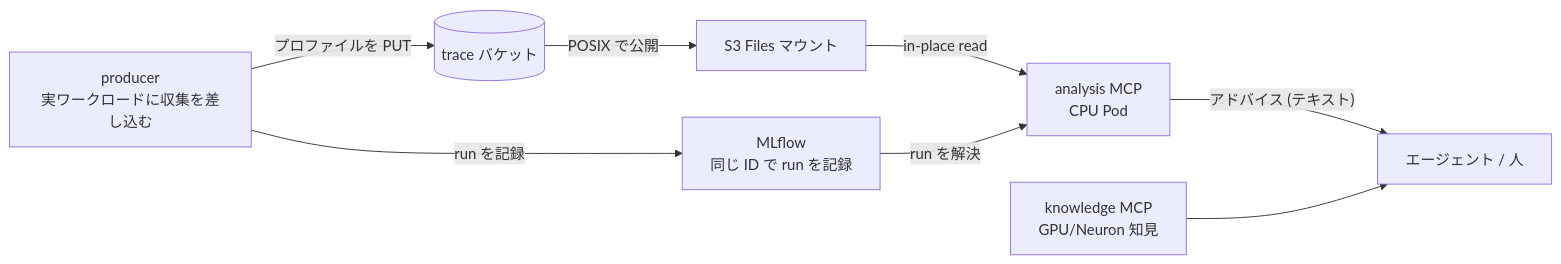
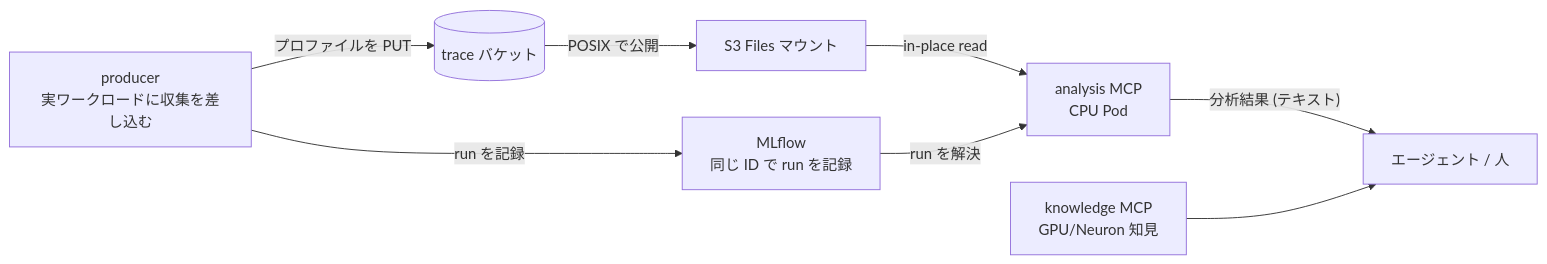
One commit to littlemex/zenn changed the diagram in articles/8ab01bc40f627a.md. Above: the diagram before and after it, drawn with Mermaid. The commit also changed other lines of this file and 1 other file, not shown here.

````diff
--- a/articles/8ab01bc40f627a.md
+++ b/articles/8ab01bc40f627a.md
@@ -21,10 +21,10 @@
 ```mermaid
 flowchart LR
     P["producer<br/>実ワークロードに収集を差し込む"] -->|"プロファイルを PUT"| B[("trace バケット")]
     P -->|"run を記録"| M["MLflow<br/>同じ ID で run を記録"]
     B -->|"POSIX で公開"| S["S3 Files マウント"]
     S -->|"in-place read"| A["analysis MCP<br/>CPU Pod"]
     M -->|"run を解決"| A
-    A -->|"アドバイス (テキスト)"| U["エージェント / 人"]
+    A -->|"分析結果 (テキスト)"| U["エージェント / 人"]
     K["knowledge MCP<br/>GPU/Neuron 知見"] --> U
 ```
````
